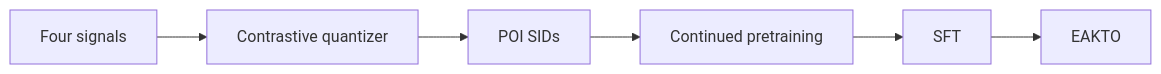
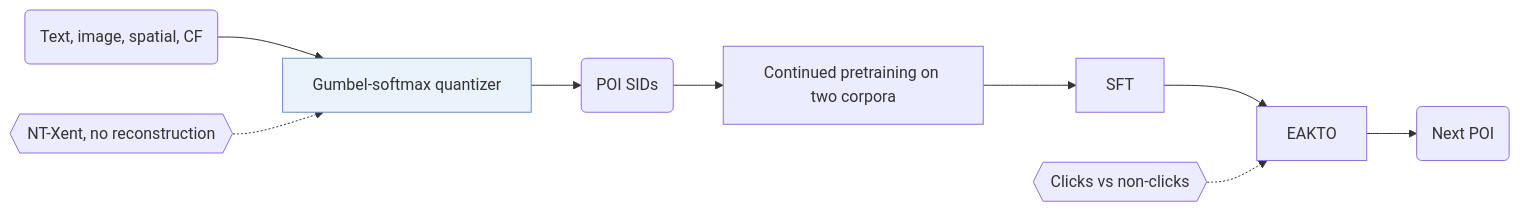
The diagram in notes/gwhere.md (Galaxy-ghost/Awesome-SID-Generative-Rec), drawn with Mermaid before and after one commit. The commit also changed 521 other files, not shown here.

Commit message:
writer-04 part 3: algorithm diagrams with shared shape conventions, README hero and paper cards, archive removed

````diff
--- a/notes/gwhere.md
+++ b/notes/gwhere.md
@@ -13,8 +13,12 @@
 ```mermaid
 flowchart LR
-    A[Four signals] --> B[Contrastive quantizer]
-    B --> C[POI SIDs]
-    C --> D[Continued pretraining]
-    D --> E[SFT]
-    E --> F[EAKTO]
+    A("Text, image, spatial, CF") --> B["Gumbel-softmax quantizer"]:::key
+    L1{{"NT-Xent, no reconstruction"}} -.-> B
+    B --> C("POI SIDs")
+    C --> D["Continued pretraining on two corpora"]
+    D --> E["SFT"]
+    E --> F["EAKTO"]
+    L2{{"Clicks vs non-clicks"}} -.-> F
+    F --> G("Next POI")
+    classDef key fill:#eaf2fb,stroke:#6b8fc7
 ```
````
